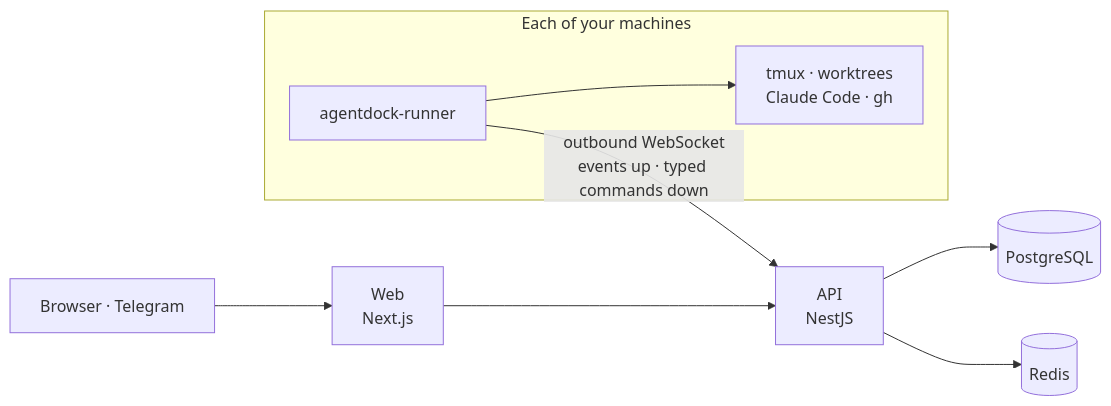
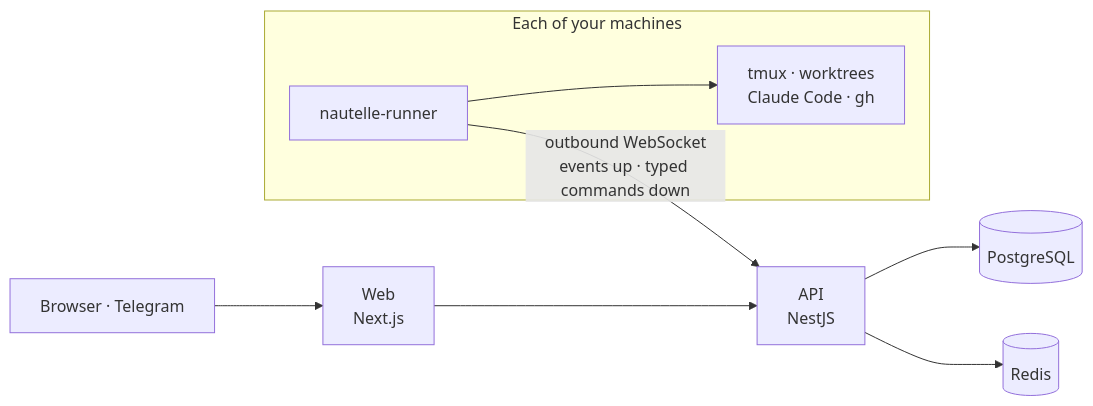
One commit to AndreyBegma/AgentDock changed the second of 2 diagrams in README.md. Above: the diagram before and after it, drawn with Mermaid. The commit also changed other lines of this file and 37 other files, not shown here.

````diff
--- a/README.md
+++ b/README.md
@@ -81,10 +81,10 @@
 ```mermaid
 flowchart LR
   people["Browser · Telegram"] --> web["Web<br/>Next.js"] --> api["API<br/>NestJS"]
   api --> pg[("PostgreSQL")]
   api --> redis[("Redis")]
   subgraph machine["Each of your machines"]
-    runner["agentdock-runner"] --> agents["tmux · worktrees<br/>Claude Code · gh"]
+    runner["nautelle-runner"] --> agents["tmux · worktrees<br/>Claude Code · gh"]
   end
   runner -- "outbound WebSocket<br/>events up · typed commands down" --> api
 ```
````
